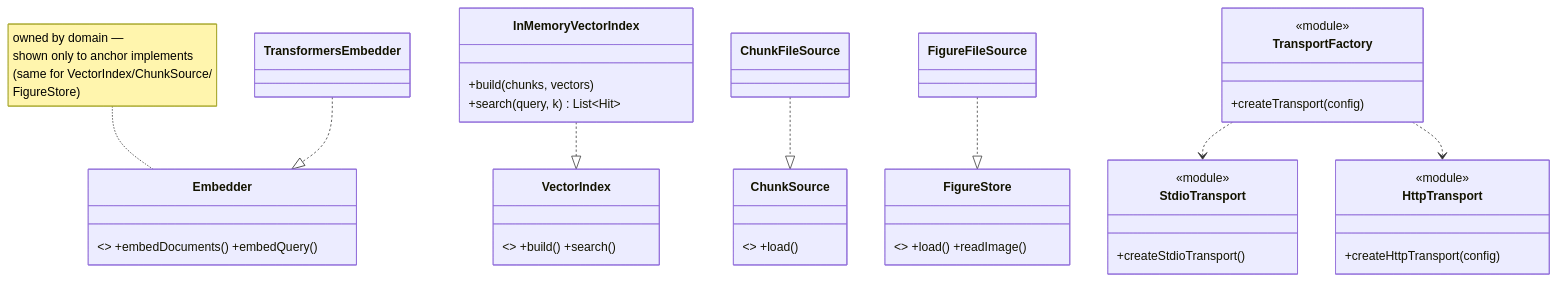
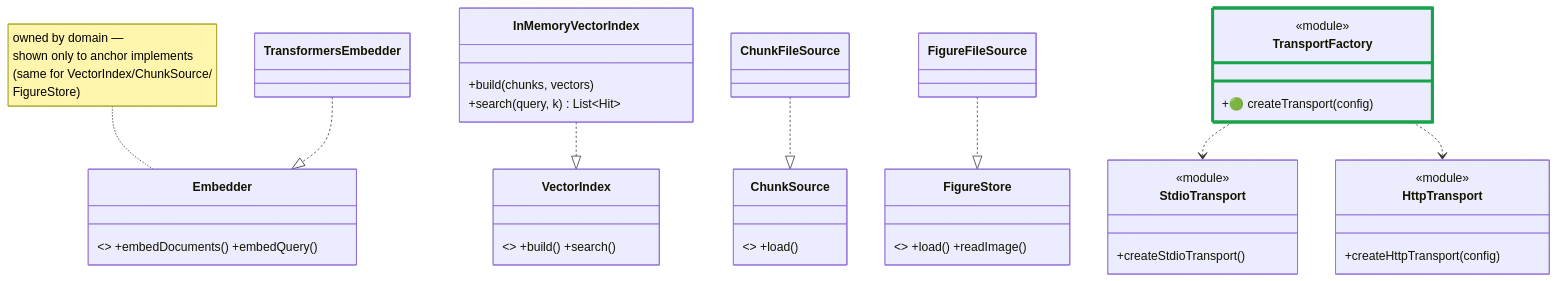
Diagram 17 of 19 in docs/architecture/system-class-diagram.md (SzatanKluska/MCPSWEBOK), drawn with Mermaid before and after one commit. The commit also changed other lines of this file and 2 other files, not shown here.

Commit message:
update system-class-diagram

````diff
--- a/docs/architecture/system-class-diagram.md
+++ b/docs/architecture/system-class-diagram.md
@@ -435,36 +754,37 @@
 ```mermaid
 classDiagram
   class TransformersEmbedder
   class InMemoryVectorIndex {
     +build(chunks, vectors)
     +search(query, k) List~Hit~
   }
   class ChunkFileSource
   class FigureFileSource
   class TransportFactory {
     <<module>>
-    +createTransport(config)
+    +🟢 createTransport(config)
   }
   class StdioTransport {
     <<module>>
     +createStdioTransport()
   }
   class HttpTransport {
     <<module>>
     +createHttpTransport(config)
   }
 
   class Embedder { <<interface>> +embedDocuments() +embedQuery() }
   class VectorIndex { <<interface>> +build() +search() }
   class ChunkSource { <<interface>> +load() }
   class FigureStore { <<interface>> +load() +readImage() }
 
   TransformersEmbedder ..|> Embedder
   InMemoryVectorIndex ..|> VectorIndex
   ChunkFileSource ..|> ChunkSource
   FigureFileSource ..|> FigureStore
   TransportFactory ..> StdioTransport
   TransportFactory ..> HttpTransport
 
   note for Embedder "owned by domain —<br/>shown only to anchor implements<br/>(same for VectorIndex/ChunkSource/<br/>FigureStore)"
+  style TransportFactory stroke:#16A34A,stroke-width:4px
 ```
````
